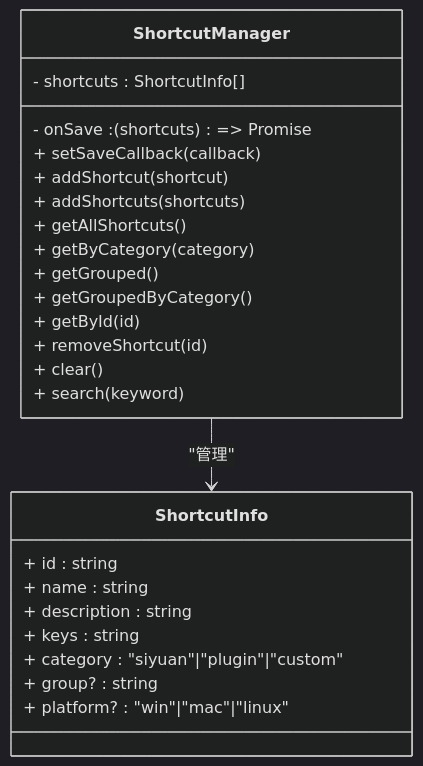
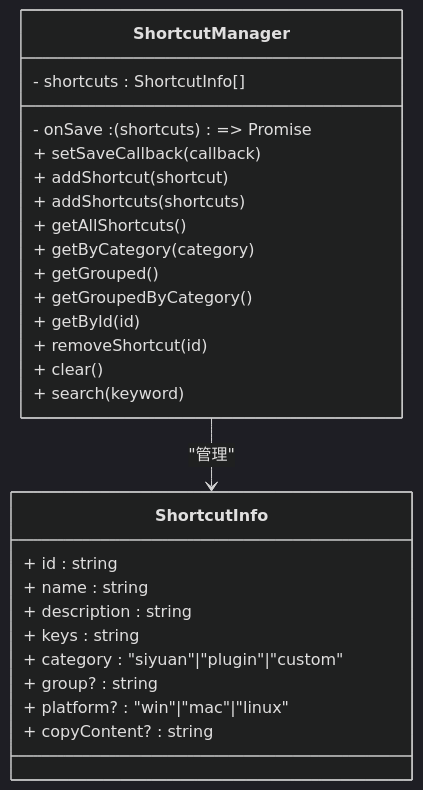
One commit to 851039536/siyuanPluginVueSN changed the third of 8 diagrams in .qoder/repowiki/zh/content/功能模块详解/快捷键管理.md. Above: the diagram before and after it, drawn with Mermaid (dark theme). The commit also changed other lines of this file and 9 other files, not shown here.

````diff
--- a/.qoder/repowiki/zh/content/功能模块详解/快捷键管理.md
+++ b/.qoder/repowiki/zh/content/功能模块详解/快捷键管理.md
@@ -151,28 +167,29 @@
 ```mermaid
 classDiagram
 class ShortcutManager {
 - shortcuts : ShortcutInfo[]
 - onSave : (shortcuts) => Promise<void>
 + setSaveCallback(callback)
 + addShortcut(shortcut)
 + addShortcuts(shortcuts)
 + getAllShortcuts()
 + getByCategory(category)
 + getGrouped()
 + getGroupedByCategory()
 + getById(id)
 + removeShortcut(id)
 + clear()
 + search(keyword)
 }
 class ShortcutInfo {
 + id : string
 + name : string
 + description : string
 + keys : string
 + category : "siyuan"|"plugin"|"custom"
 + group? : string
 + platform? : "win"|"mac"|"linux"
++ copyContent? : string
 }
 ShortcutManager --> ShortcutInfo : "管理"
 ```
````
